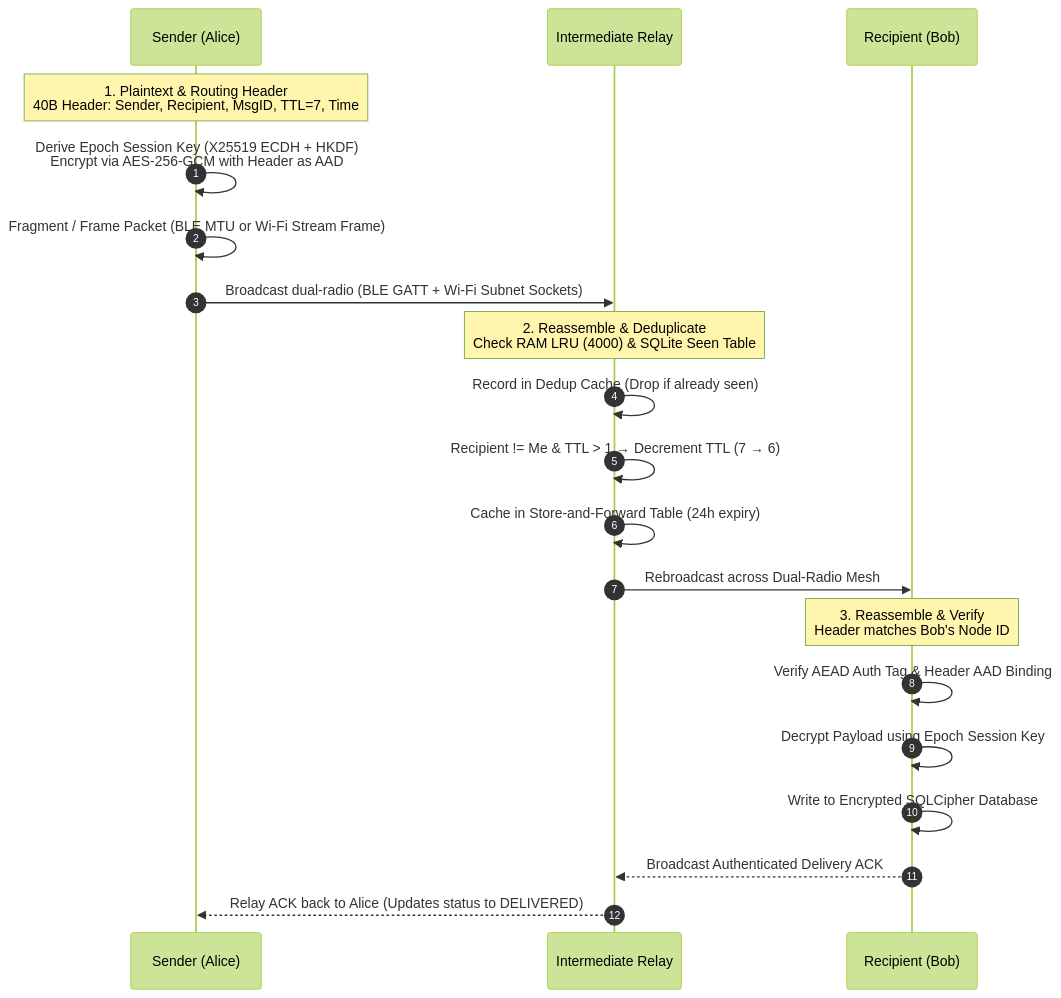
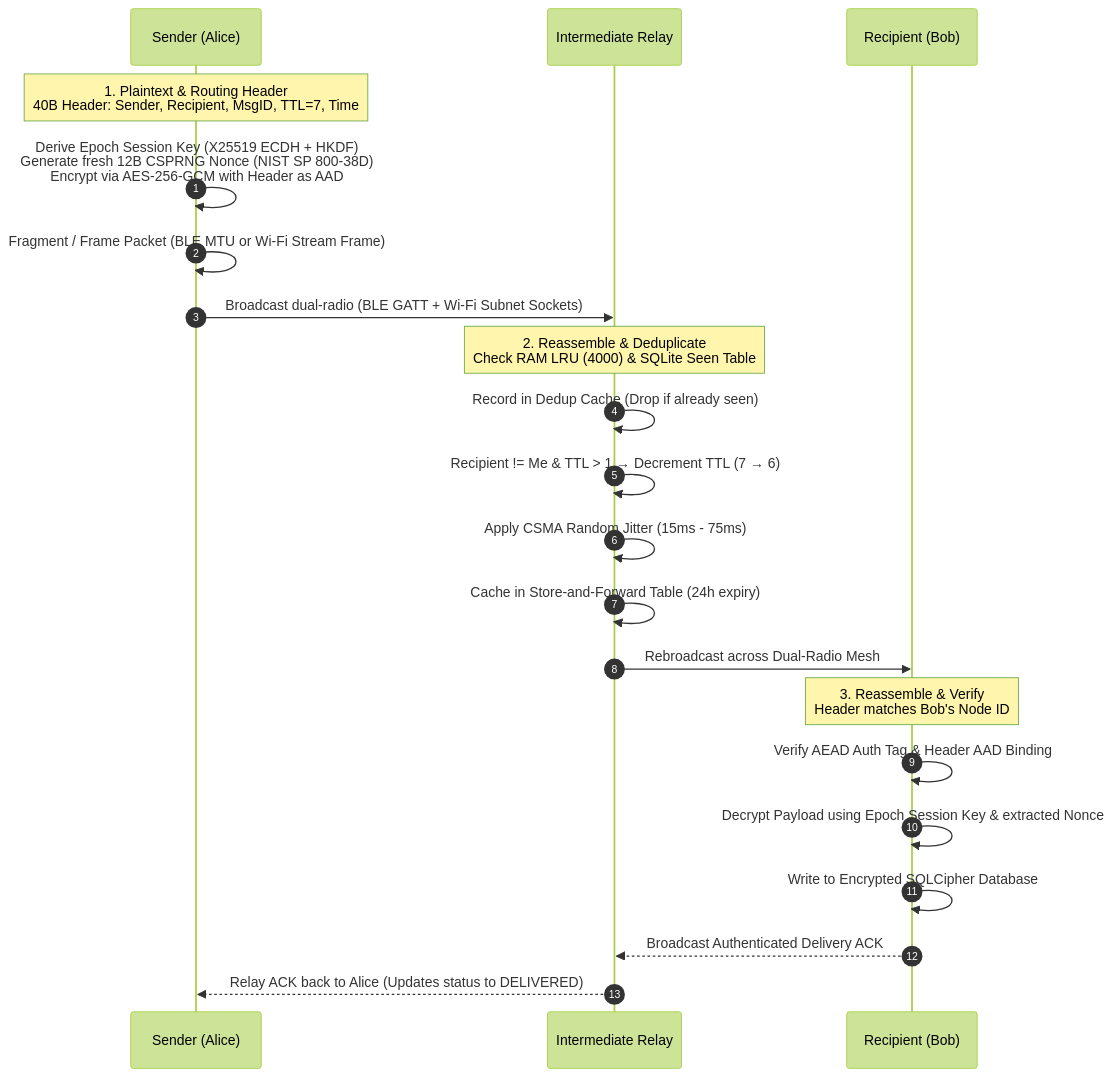
The diagram in README.md (gintama1018/BIT-FOR-US), drawn with Mermaid (forest theme) before and after one commit. The commit also changed other lines of this file, not shown here.

Commit message:
docs: comprehensive update of README with CameraX scanner and PBKDF2 channel architecture

````diff
--- a/README.md
+++ b/README.md
@@ -72,25 +88,26 @@
 ```mermaid
 sequenceDiagram
     autonumber
     participant Alice as Sender (Alice)
     participant Relay as Intermediate Relay
     participant Bob as Recipient (Bob)
 
     Note over Alice: 1. Plaintext & Routing Header<br/>40B Header: Sender, Recipient, MsgID, TTL=7, Time
-    Alice->>Alice: Derive Epoch Session Key (X25519 ECDH + HKDF)<br/>Encrypt via AES-256-GCM with Header as AAD
+    Alice->>Alice: Derive Epoch Session Key (X25519 ECDH + HKDF)<br/>Generate fresh 12B CSPRNG Nonce (NIST SP 800-38D)<br/>Encrypt via AES-256-GCM with Header as AAD
     Alice->>Alice: Fragment / Frame Packet (BLE MTU or Wi-Fi Stream Frame)
     Alice->>Relay: Broadcast dual-radio (BLE GATT + Wi-Fi Subnet Sockets)
 
     Note over Relay: 2. Reassemble & Deduplicate<br/>Check RAM LRU (4000) & SQLite Seen Table
     Relay->>Relay: Record in Dedup Cache (Drop if already seen)
     Relay->>Relay: Recipient != Me & TTL > 1 → Decrement TTL (7 → 6)
+    Relay->>Relay: Apply CSMA Random Jitter (15ms - 75ms)
     Relay->>Relay: Cache in Store-and-Forward Table (24h expiry)
     Relay->>Bob: Rebroadcast across Dual-Radio Mesh
 
     Note over Bob: 3. Reassemble & Verify<br/>Header matches Bob's Node ID
     Bob->>Bob: Verify AEAD Auth Tag & Header AAD Binding
-    Bob->>Bob: Decrypt Payload using Epoch Session Key
+    Bob->>Bob: Decrypt Payload using Epoch Session Key & extracted Nonce
     Bob->>Bob: Write to Encrypted SQLCipher Database
     Bob-->>Relay: Broadcast Authenticated Delivery ACK
     Relay-->>Alice: Relay ACK back to Alice (Updates status to DELIVERED)
 ```
````
